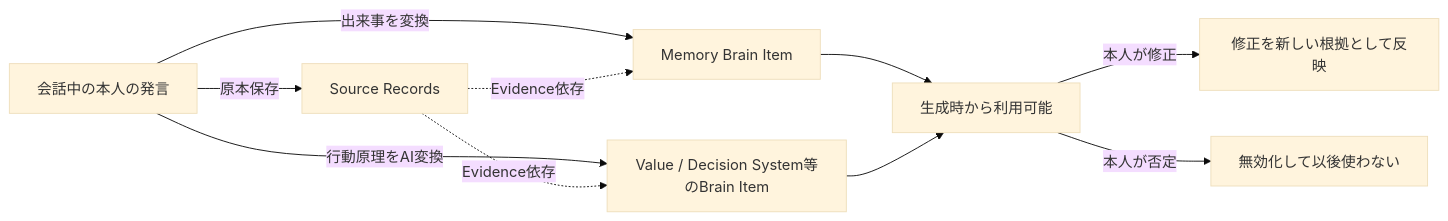
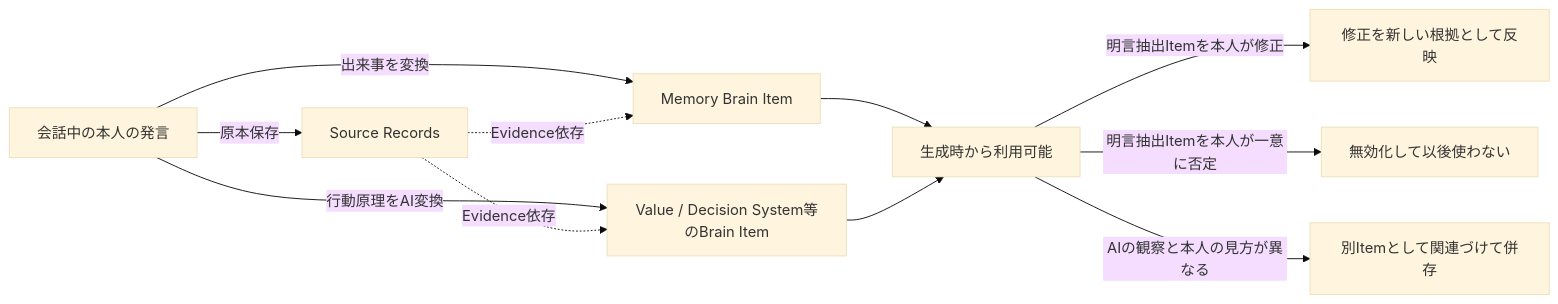
Before and after one commit to kkyosuke/me-builder: the fifth of 6 diagrams in docs/product/diary-chat-experience.md, drawn with Mermaid (base theme). The commit also changed other lines of this file and 7 other files, not shown here.

````diff
--- a/docs/product/diary-chat-experience.md
+++ b/docs/product/diary-chat-experience.md
@@ -496,12 +496,13 @@
 ```mermaid
 flowchart LR
     C[会話中の本人の発言] -->|原本保存| S[Source Records]
     C -->|出来事を変換| M[Memory Brain Item]
     C -->|行動原理をAI変換| B[Value / Decision System等のBrain Item]
     S -.->|Evidence依存| M
     S -.->|Evidence依存| B
     M --> U[生成時から利用可能]
     B --> U
-    U -->|本人が修正| R[修正を新しい根拠として反映]
-    U -->|本人が否定| X[無効化して以後使わない]
+    U -->|明言抽出Itemを本人が修正| R[修正を新しい根拠として反映]
+    U -->|明言抽出Itemを本人が一意に否定| X[無効化して以後使わない]
+    U -->|AIの観察と本人の見方が異なる| P[別Itemとして関連づけて併存]
 ```
````
